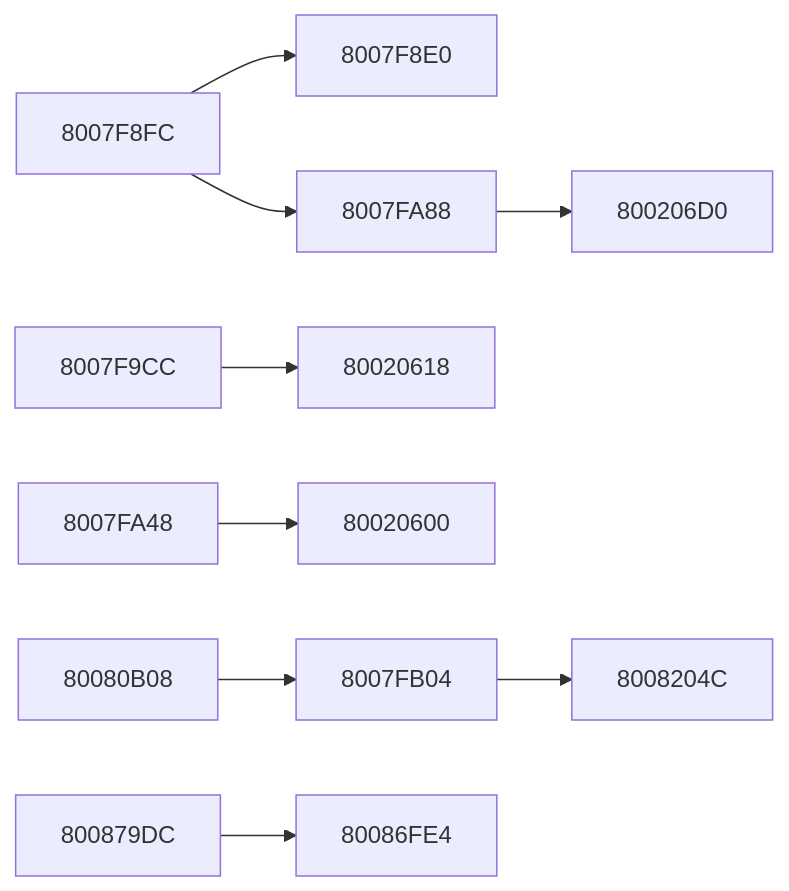
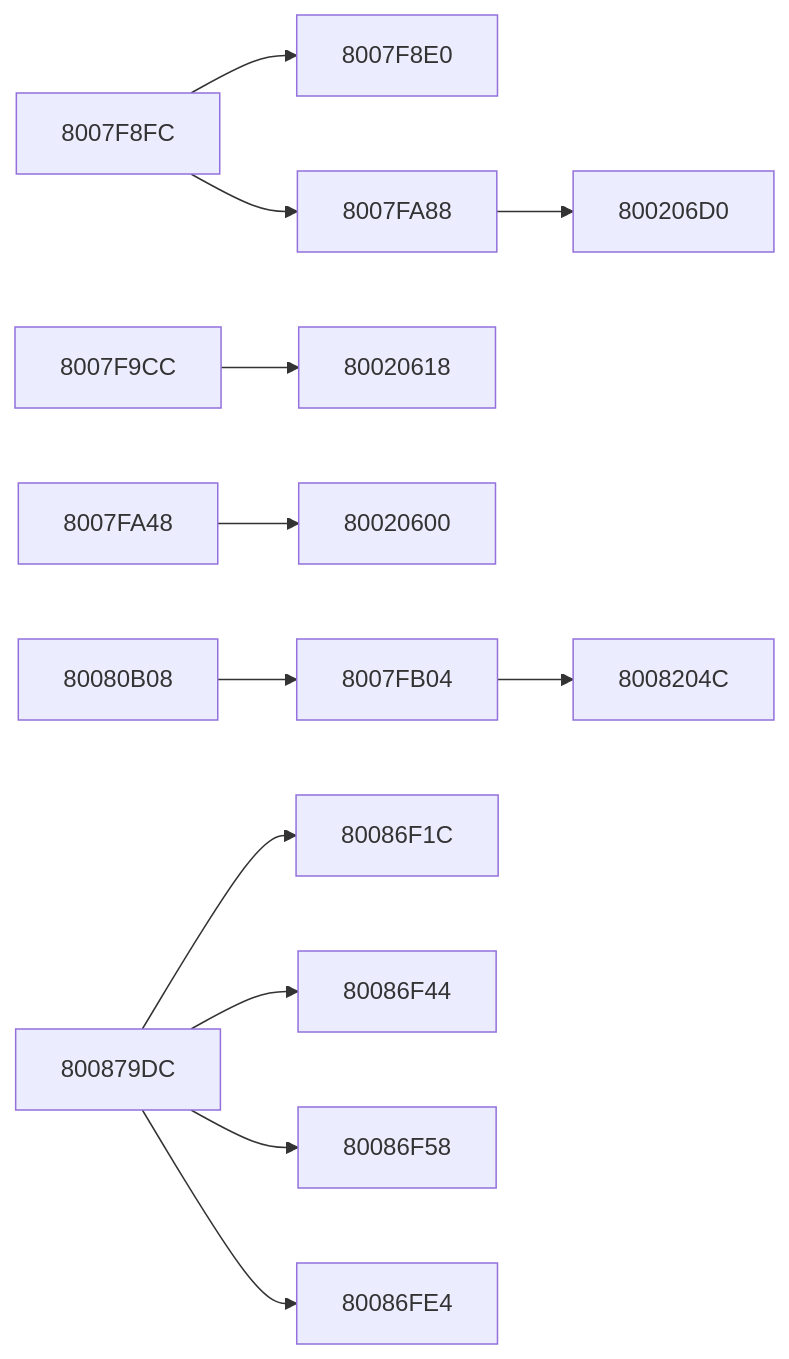
Before and after one commit to kai-luni/Future-Cop-L.A.P.D-PS1: the fourth of 11 diagrams in docs/FUNCTION_MAP.md, drawn with Mermaid. The commit also changed other lines of this file, not shown here.

````diff
--- a/docs/FUNCTION_MAP.md
+++ b/docs/FUNCTION_MAP.md
@@ -737,24 +899,30 @@
 ```mermaid
 graph LR
     f8007f8fc --> f8007f8e0
     f8007f8fc --> f8007fa88
     f8007f9cc --> f80020618
     f8007fa48 --> f80020600
     f8007fa88 --> f800206d0
     f8007fb04 --> f8008204c
     f80080b08 --> f8007fb04
+    f800879dc --> f80086f1c
+    f800879dc --> f80086f44
+    f800879dc --> f80086f58
     f800879dc --> f80086fe4
     f80020600["80020600"]
     f80020618["80020618"]
     f800206d0["800206D0"]
     f8007f8e0["8007F8E0"]
     f8007f8fc["8007F8FC"]
     f8007f9cc["8007F9CC"]
     f8007fa48["8007FA48"]
     f8007fa88["8007FA88"]
     f8007fb04["8007FB04"]
     f80080b08["80080B08"]
     f8008204c["8008204C"]
+    f80086f1c["80086F1C"]
+    f80086f44["80086F44"]
+    f80086f58["80086F58"]
     f80086fe4["80086FE4"]
     f800879dc["800879DC"]
 ```
````
